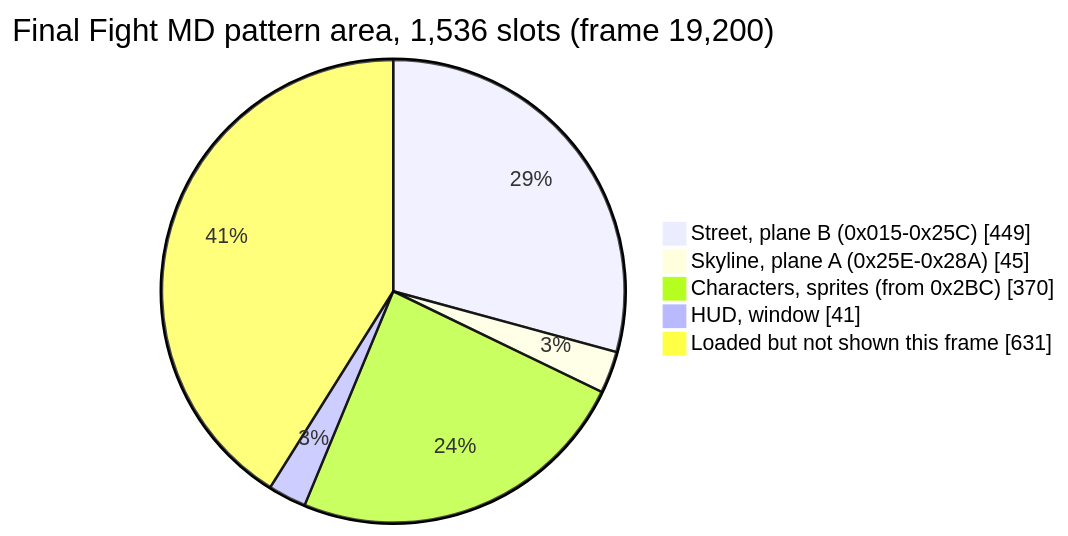
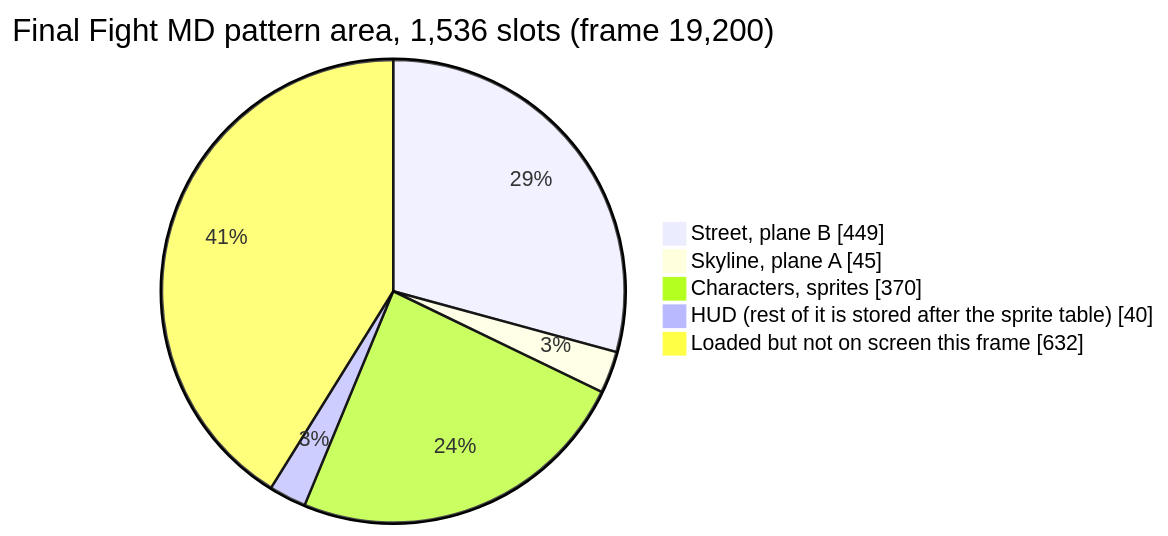
Before and after one commit to Evilu/cadillacs-and-dinosaurs-md: the fifth of 5 diagrams in docs/02-final-fight-arcade-vs-md.md, drawn with Mermaid. The commit also changed other lines of this file and 4 other files, not shown here.

````diff
--- a/docs/02-final-fight-arcade-vs-md.md
+++ b/docs/02-final-fight-arcade-vs-md.md
@@ -238,9 +286,9 @@
 ```mermaid
 pie showData
     title Final Fight MD pattern area, 1,536 slots (frame 19,200)
-    "Street, plane B (0x015-0x25C)" : 449
-    "Skyline, plane A (0x25E-0x28A)" : 45
-    "Characters, sprites (from 0x2BC)" : 370
-    "HUD, window" : 41
-    "Loaded but not shown this frame" : 631
+    "Street, plane B" : 449
+    "Skyline, plane A" : 45
+    "Characters, sprites" : 370
+    "HUD (rest of it is stored after the sprite table)" : 40
+    "Loaded but not on screen this frame" : 632
 ```
````
